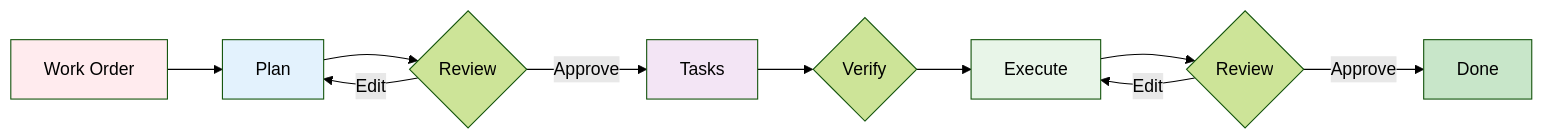
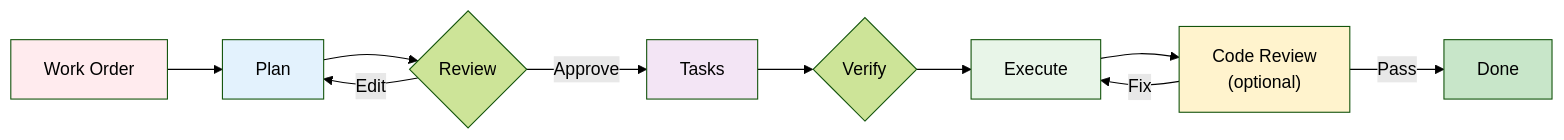
One commit to e0ipso/strikethroo changed the diagram in docs/workflow.md. Above: the diagram before and after it, drawn with Mermaid (forest theme). The commit also changed other lines of this file and 9 other files, not shown here.

````diff
--- a/docs/workflow.md
+++ b/docs/workflow.md
@@ -14,18 +14,19 @@
 ```mermaid
 flowchart LR
     A[Work Order] --> B[Plan]
     B --> C{Review}
     C -->|Edit| B
     C -->|Approve| D[Tasks]
     D --> E{Verify}
     E --> G[Execute]
-    G --> H{Review}
-    H -->|Edit| G
-    H -->|Approve| J[Done]
+    G --> H["Code Review<br/>(optional)"]
+    H -->|Fix| G
+    H -->|Pass| J[Done]
 
     style A fill:#ffebee
     style B fill:#e3f2fd
     style D fill:#f3e5f5
     style G fill:#e8f5e8
+    style H fill:#fff3cd
     style J fill:#c8e6c9
 ```
````
